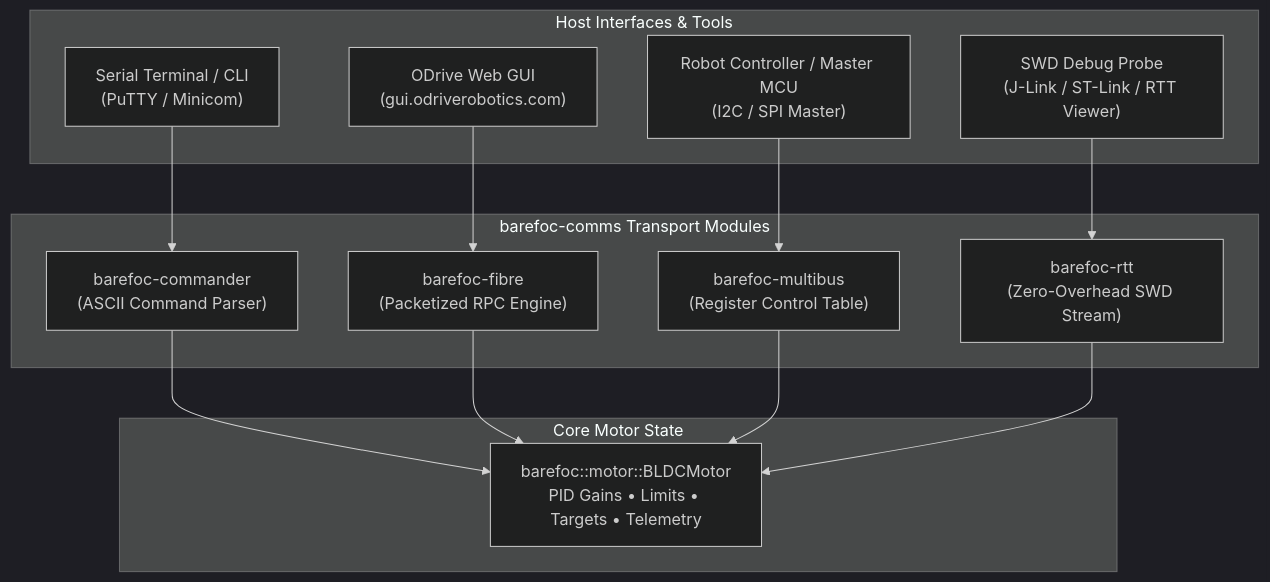
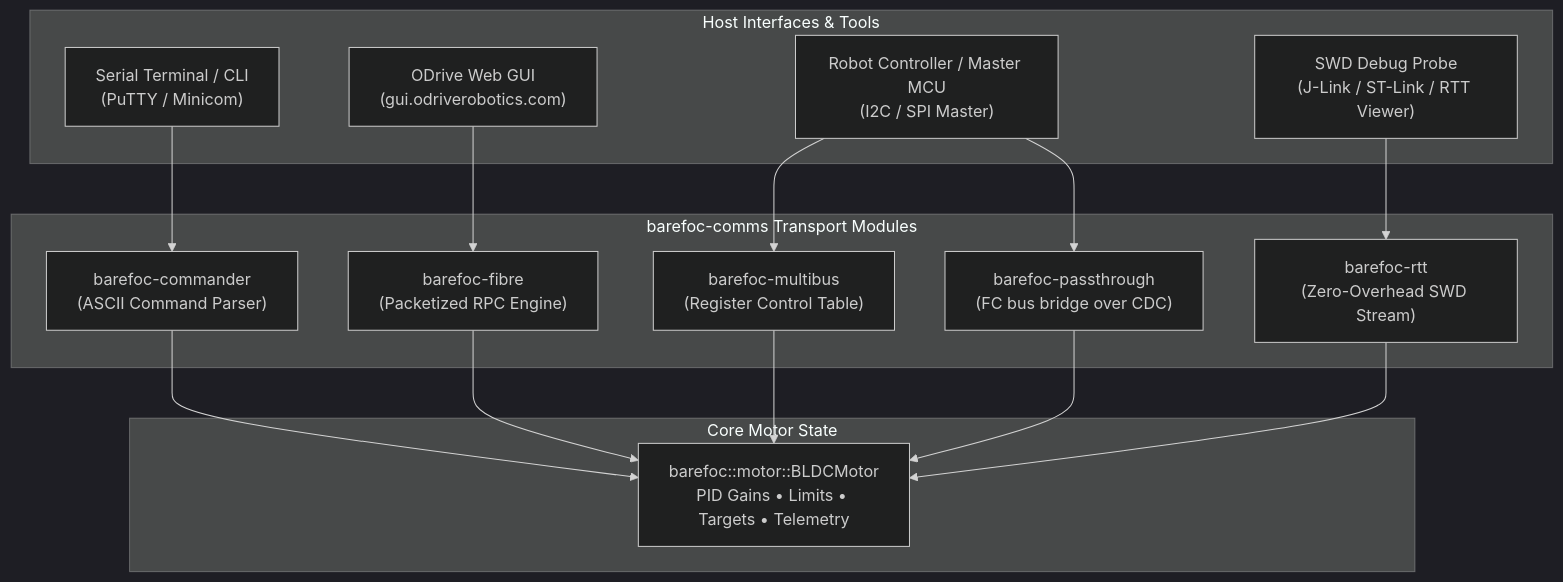
One commit to bareFOC/barefoc.github.io changed the diagram in docs/communication/index.md. Above: the diagram before and after it, drawn with Mermaid (dark theme). The commit also changed other lines of this file and 2 other files, not shown here.

First line of the commit message:
docs: document FC bus passthrough

````diff
--- a/docs/communication/index.md
+++ b/docs/communication/index.md
@@ -13,25 +13,27 @@
 ```mermaid
 flowchart TD
     subgraph Host ["Host Interfaces & Tools"]
         CLI["Serial Terminal / CLI<br/>(PuTTY / Minicom)"]
         GUI["ODrive Web GUI<br/>(gui.odriverobotics.com)"]
         Master["Robot Controller / Master MCU<br/>(I2C / SPI Master)"]
         Probe["SWD Debug Probe<br/>(J-Link / ST-Link / RTT Viewer)"]
     end
 
     subgraph Transport ["barefoc-comms Transport Modules"]
         CMD["barefoc-commander<br/>(ASCII Command Parser)"]
         FIB["barefoc-fibre<br/>(Packetized RPC Engine)"]
         MBUS["barefoc-multibus<br/>(Register Control Table)"]
         RTT["barefoc-rtt<br/>(Zero-Overhead SWD Stream)"]
+        PT["barefoc-passthrough<br/>(FC bus bridge over CDC)"]
     end
 
     subgraph FOC ["Core Motor State"]
         Motor["barefoc::motor::BLDCMotor<br/>PID Gains • Limits • Targets • Telemetry"]
     end
 
     CLI --> CMD --> Motor
     GUI --> FIB --> Motor
     Master --> MBUS --> Motor
     Probe --> RTT --> Motor
+    Master --> PT --> Motor
 ```
````
